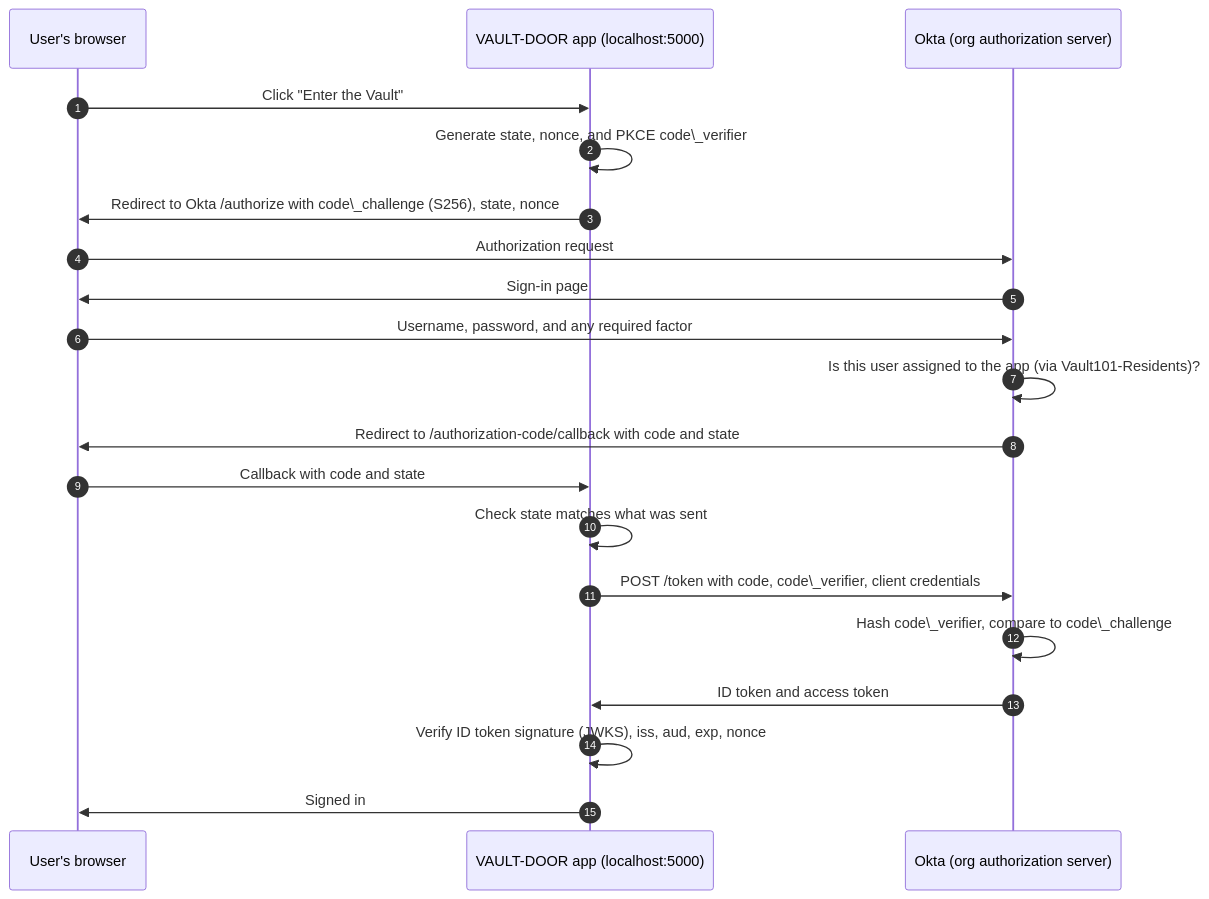
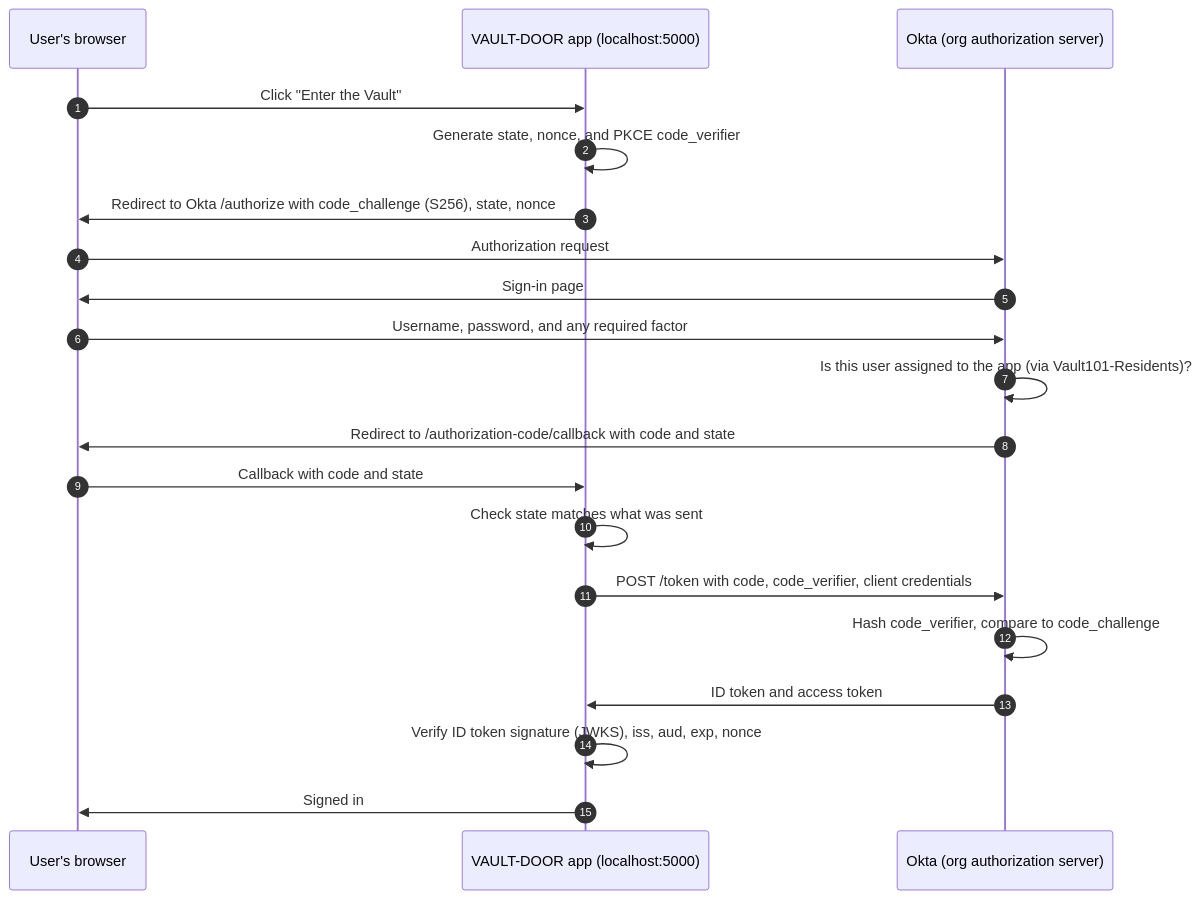
Before and after one commit to AtlasDFIR/VAULT-DOOR-iam: the diagram in docs/01-oidc-walkthrough.md, drawn with Mermaid. The commit also changed other lines of this file and 4 other files, not shown here.

````diff
--- a/docs/01-oidc-walkthrough.md
+++ b/docs/01-oidc-walkthrough.md
@@ -9,23 +9,23 @@
 ```mermaid
 sequenceDiagram
     autonumber
     participant U as User's browser
     participant A as VAULT-DOOR app (localhost:5000)
     participant O as Okta (org authorization server)
 
     U->>A: Click "Enter the Vault"
-    A->>A: Generate state, nonce, and PKCE code\_verifier
-    A->>U: Redirect to Okta /authorize with code\_challenge (S256), state, nonce
+    A->>A: Generate state, nonce, and PKCE code_verifier
+    A->>U: Redirect to Okta /authorize with code_challenge (S256), state, nonce
     U->>O: Authorization request
     O->>U: Sign-in page
     U->>O: Username, password, and any required factor
     O->>O: Is this user assigned to the app (via Vault101-Residents)?
     O->>U: Redirect to /authorization-code/callback with code and state
     U->>A: Callback with code and state
     A->>A: Check state matches what was sent
-    A->>O: POST /token with code, code\_verifier, client credentials
-    O->>O: Hash code\_verifier, compare to code\_challenge
+    A->>O: POST /token with code, code_verifier, client credentials
+    O->>O: Hash code_verifier, compare to code_challenge
     O->>A: ID token and access token
     A->>A: Verify ID token signature (JWKS), iss, aud, exp, nonce
     A->>U: Signed in
 ```
````
